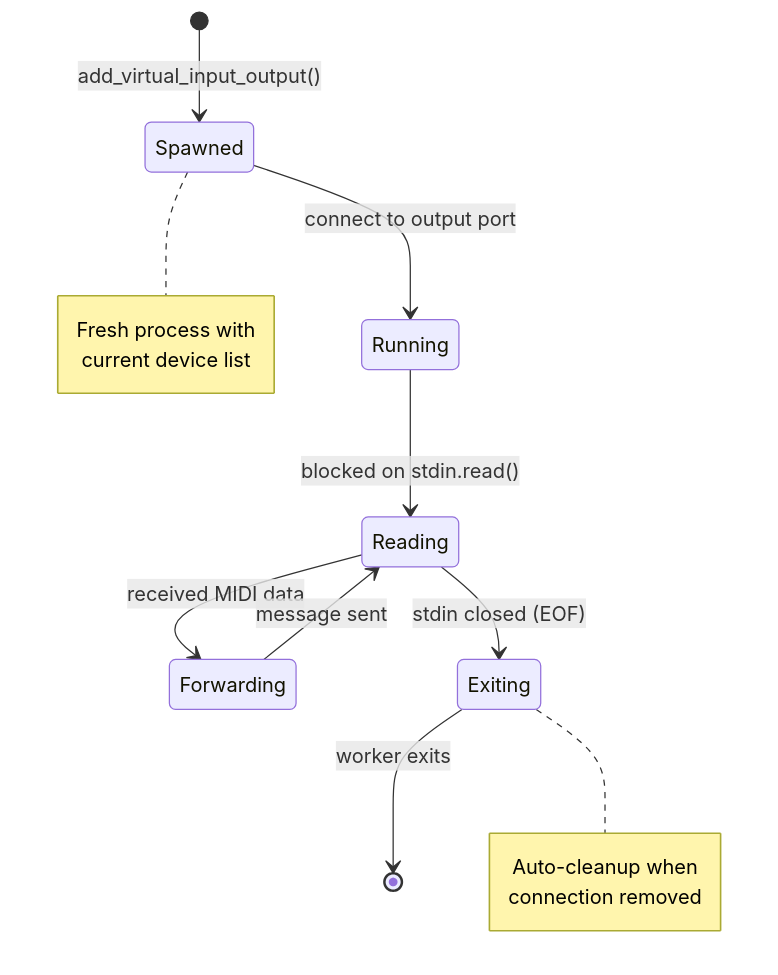
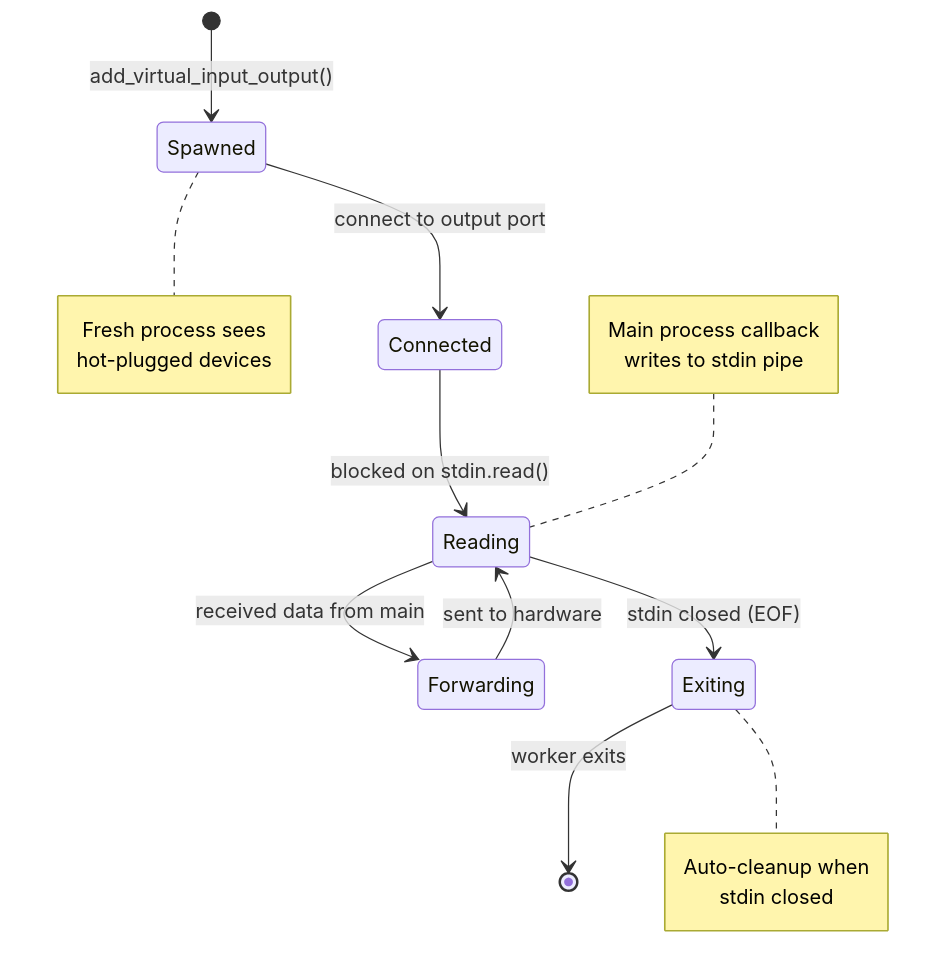
One commit to odaacabeef/midi-cable changed the third of 6 diagrams in docs/architecture.md. Above: the diagram before and after it, drawn with Mermaid. The commit also changed other lines of this file and 4 other files, not shown here.

````diff
--- a/docs/architecture.md
+++ b/docs/architecture.md
@@ -269,20 +146,25 @@
 ```mermaid
 stateDiagram-v2
     [*] --> Spawned: add_virtual_input_output()
-    Spawned --> Running: connect to output port
-    Running --> Reading: blocked on stdin.read()
-    Reading --> Forwarding: received MIDI data
-    Forwarding --> Reading: message sent
+    Spawned --> Connected: connect to output port
+    Connected --> Reading: blocked on stdin.read()
+    Reading --> Forwarding: received data from main
+    Forwarding --> Reading: sent to hardware
     Reading --> Exiting: stdin closed (EOF)
     Exiting --> [*]: worker exits
 
     note right of Spawned
-        Fresh process with
-        current device list
+        Fresh process sees
+        hot-plugged devices
+    end note
+
+    note left of Reading
+        Main process callback
+        writes to stdin pipe
     end note
 
     note right of Exiting
         Auto-cleanup when
-        connection removed
+        stdin closed
     end note
 ```
````
